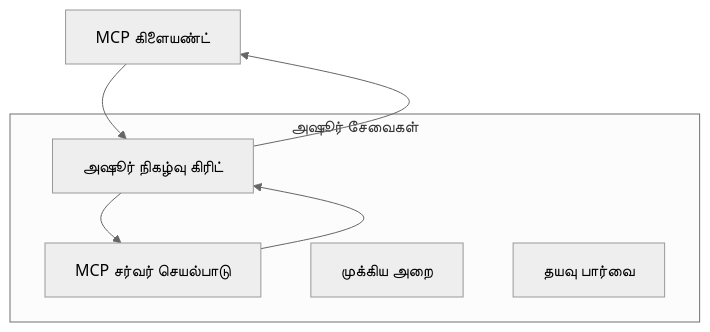
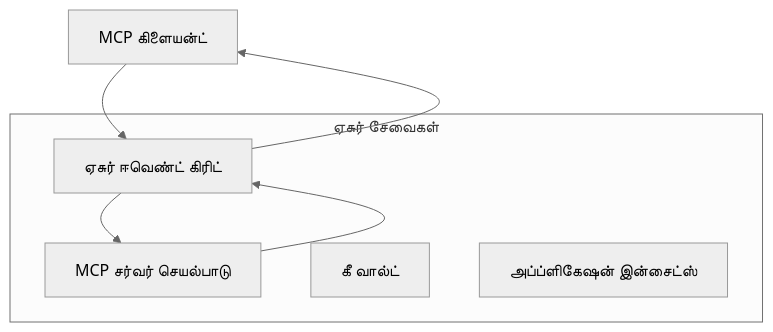
One commit to HIDORAKAI002/ai-workspace-archive changed the first of 2 diagrams in mcp_ecosystem__model_context_protocol/mcp_learning_resources/mcp-for-beginners/translations/ta/05-AdvancedTopics/mcp-transport/README.md. Above: the diagram before and after it, drawn with Mermaid (neutral theme). The commit also changed other lines of this file and 1046 other files, not shown here.

````diff
--- a/mcp_ecosystem__model_context_protocol/mcp_learning_resources/mcp-for-beginners/translations/ta/05-AdvancedTopics/mcp-transport/README.md
+++ b/mcp_ecosystem__model_context_protocol/mcp_learning_resources/mcp-for-beginners/translations/ta/05-AdvancedTopics/mcp-transport/README.md
@@ -58,14 +60,14 @@
 ```mermaid
 graph TB
-    Client[MCP கிளையண்ட்] --> EG[அஷூர் நிகழ்வு கிரிட்]
+    Client[MCP கிளையன்ட்] --> EG[ஏசுர் ஈவெண்ட் கிரிட்]
     EG --> Server[MCP சர்வர் செயல்பாடு]
     Server --> EG
     EG --> Client
     
-    subgraph "அஷூர் சேவைகள்"
+    subgraph "ஏசுர் சேவைகள்"
         EG
         Server
-        KV[முக்கிய அறை]
-        Monitor[தயவு பார்வை]
+        KV[கீ வால்ட்]
+        Monitor[அப்ப்ளிகேஷன் இன்சைட்ஸ்]
     end
 ```
````
